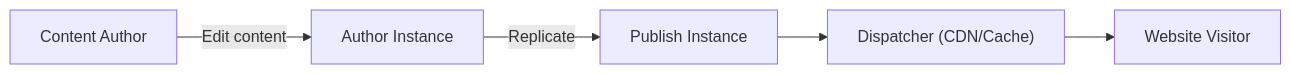
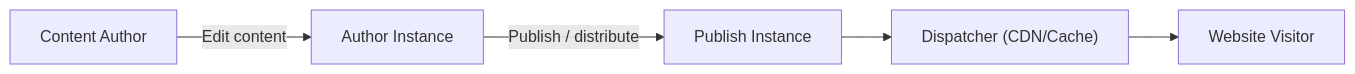
Before and after one commit to LucaNerlich/lucanerlich.com: the second of 3 diagrams in docs/aem/beginners-guide/01-introduction.md, drawn with Mermaid. The commit also changed other lines of this file and 95 other files, not shown here.

````diff
--- a/docs/aem/beginners-guide/01-introduction.md
+++ b/docs/aem/beginners-guide/01-introduction.md
@@ -188,13 +189,13 @@
 ```mermaid
 flowchart LR
     Editor["Content Author"]
     Author["Author Instance"]
     Publish["Publish Instance"]
     Dispatcher["Dispatcher (CDN/Cache)"]
     User["Website Visitor"]
 
     Editor -->|"Edit content"| Author
-    Author -->|"Replicate"| Publish
+    Author -->|"Publish / distribute"| Publish
     Publish --> Dispatcher
     Dispatcher --> User
 ```
````
